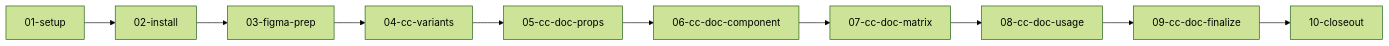
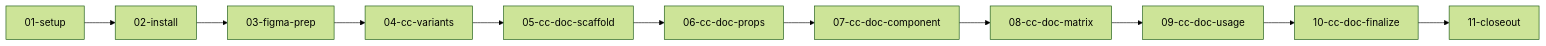
The diagram in skills/create-component/phases/00-index.md (JBabcock-DL/DesignOps-plugin), drawn with Mermaid (forest theme) before and after one commit. The commit also changed other lines of this file and 54 other files, not shown here.

````diff
--- a/skills/create-component/phases/00-index.md
+++ b/skills/create-component/phases/00-index.md
@@ -30,12 +31,13 @@
 ```mermaid
 flowchart LR
   P01[01-setup] --> P02[02-install]
   P02 --> P03[03-figma-prep]
   P03 --> P04[04-cc-variants]
-  P04 --> P05[05-cc-doc-props]
-  P05 --> P06[06-cc-doc-component]
-  P06 --> P07[07-cc-doc-matrix]
-  P07 --> P08[08-cc-doc-usage]
-  P08 --> P09[09-cc-doc-finalize]
-  P09 --> P10[10-closeout]
+  P04 --> P05[05-cc-doc-scaffold]
+  P05 --> P06[06-cc-doc-props]
+  P06 --> P07[07-cc-doc-component]
+  P07 --> P08[08-cc-doc-matrix]
+  P08 --> P09[09-cc-doc-usage]
+  P09 --> P10[10-cc-doc-finalize]
+  P10 --> P11[11-closeout]
 ```
````
